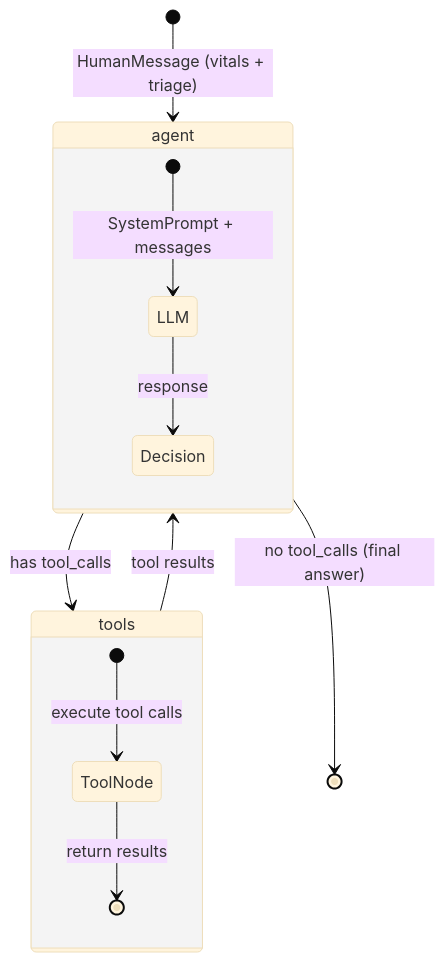
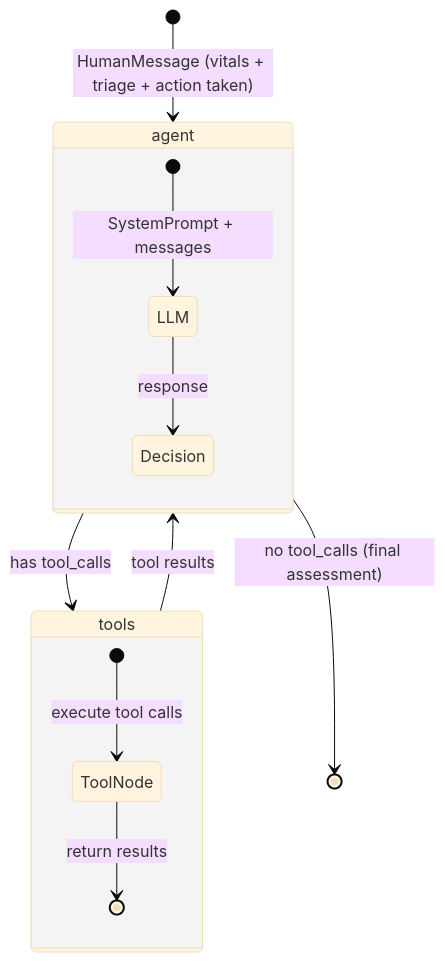
The third of 4 diagrams in README.md (maiduydung/medical-agents), drawn with Mermaid (base theme) before and after one commit. The commit also changed other lines of this file and 4 other files, not shown here.

First line of the commit message:
Add action escalation matrix, FDA auto-ingest, and FigJam diagram

````diff
--- a/README.md
+++ b/README.md
@@ -94,17 +111,17 @@
 ```mermaid
 stateDiagram-v2
-    [*] --> agent: HumanMessage (vitals + triage)
+    [*] --> agent: HumanMessage (vitals + triage + action taken)
     agent --> tools: has tool_calls
-    agent --> [*]: no tool_calls (final answer)
+    agent --> [*]: no tool_calls (final assessment)
     tools --> agent: tool results
 
     state agent {
         [*] --> LLM: SystemPrompt + messages
         LLM --> Decision: response
     }
 
     state tools {
         [*] --> ToolNode: execute tool calls
         ToolNode --> [*]: return results
     }
 ```
````
